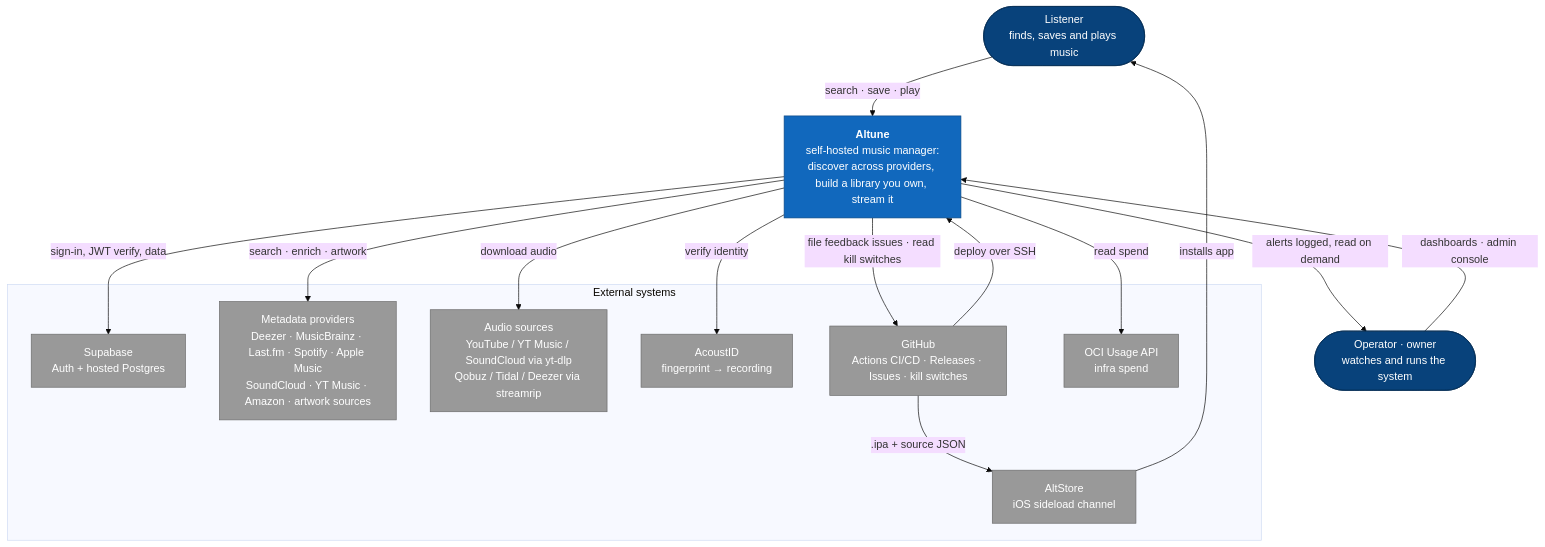
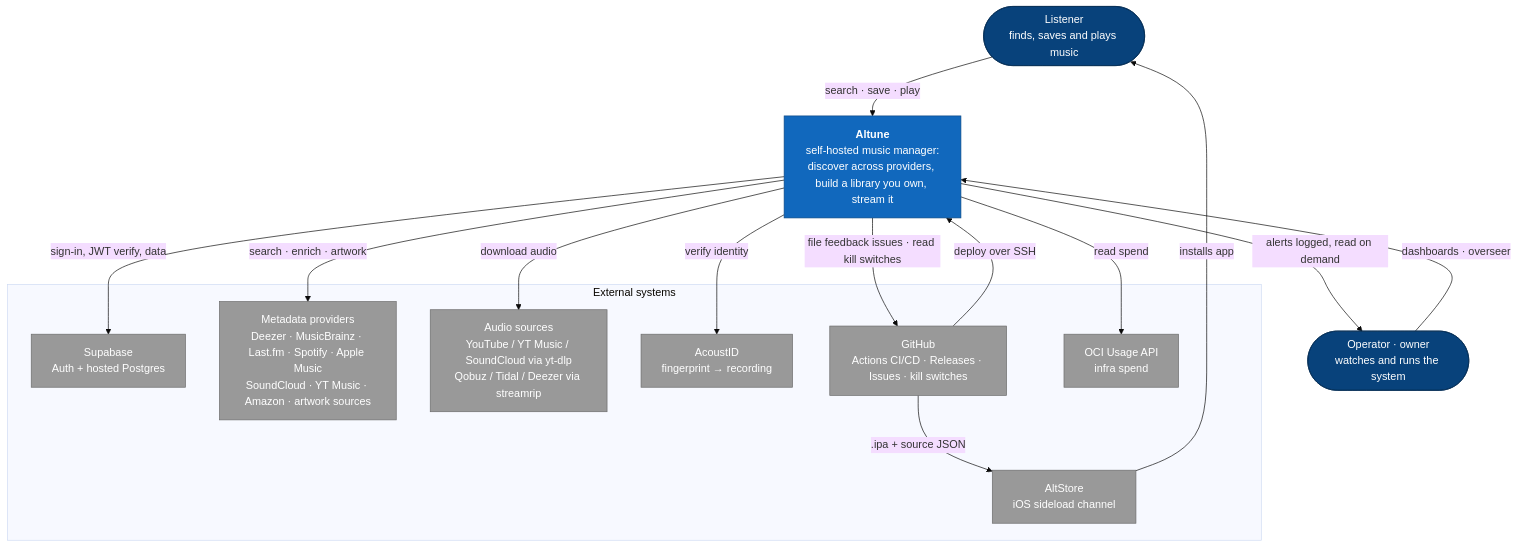
The first of 2 diagrams in docs/diagrams/system.md (aleburrascano/altune), drawn with Mermaid (base theme) before and after one commit. The commit also changed other lines of this file and 99 other files, not shown here.

First line of the commit message:
chore(overseer): remove the mission control console from go-api (#2794)

````diff
--- a/docs/diagrams/system.md
+++ b/docs/diagrams/system.md
@@ -7,37 +7,37 @@
 ```mermaid
 flowchart TD
     listener(["Listener<br/>finds, saves and plays music"])
     operator(["Operator · owner<br/>watches and runs the system"])
 
     altune["<b>Altune</b><br/>self-hosted music manager:<br/>discover across providers, build a library you own, stream it"]
 
     subgraph ext [External systems]
         supa["Supabase<br/>Auth + hosted Postgres"]
         meta["Metadata providers<br/>Deezer · MusicBrainz · Last.fm · Spotify · Apple Music<br/>SoundCloud · YT Music · Amazon · artwork sources"]
         sources["Audio sources<br/>YouTube / YT Music / SoundCloud via yt-dlp<br/>Qobuz / Tidal / Deezer via streamrip"]
         acoustid["AcoustID<br/>fingerprint → recording"]
         github["GitHub<br/>Actions CI/CD · Releases · Issues · kill switches"]
         altstore["AltStore<br/>iOS sideload channel"]
         ociusage["OCI Usage API<br/>infra spend"]
     end
 
     listener -->|search · save · play| altune
-    operator -->|dashboards · admin console| altune
+    operator -->|dashboards · overseer| altune
     altune -->|sign-in, JWT verify, data| supa
     altune -->|search · enrich · artwork| meta
     altune -->|download audio| sources
     altune -->|verify identity| acoustid
     altune -->|file feedback issues · read kill switches| github
     github -->|deploy over SSH| altune
     altune -->|alerts logged, read on demand| operator
     altstore -->|installs app| listener
     github -->|.ipa + source JSON| altstore
     altune -->|read spend| ociusage
 
     classDef sys fill:#1168bd,color:#fff,stroke:#0b4884
     classDef person fill:#08427b,color:#fff,stroke:#052e56
     classDef external fill:#999,color:#fff,stroke:#6b6b6b
     class altune sys
     class listener,operator person
     class supa,meta,sources,acoustid,github,altstore,ociusage external
 ```
````
